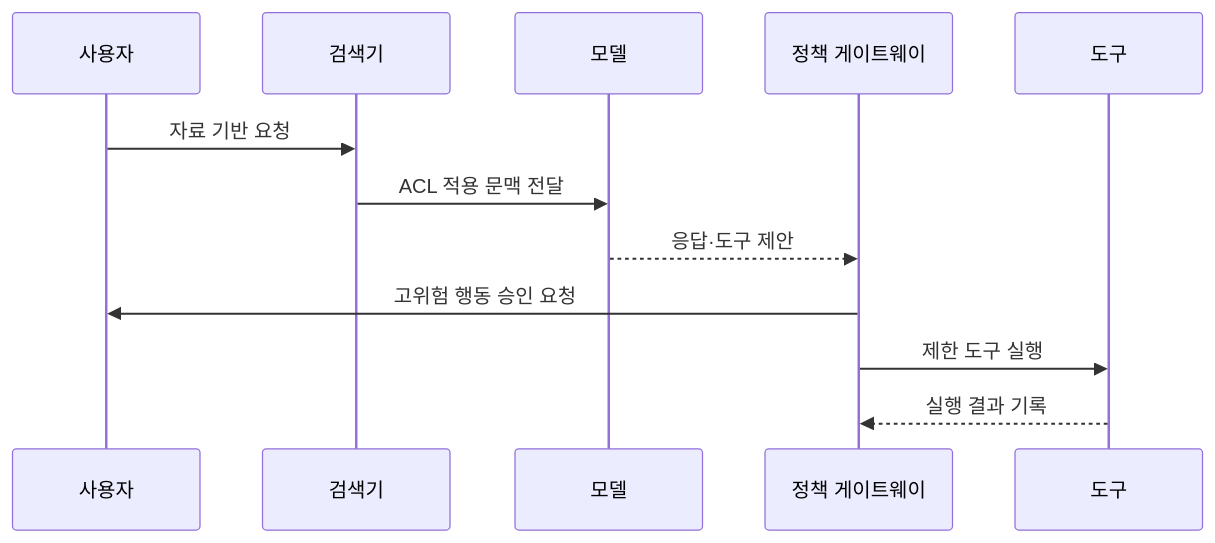
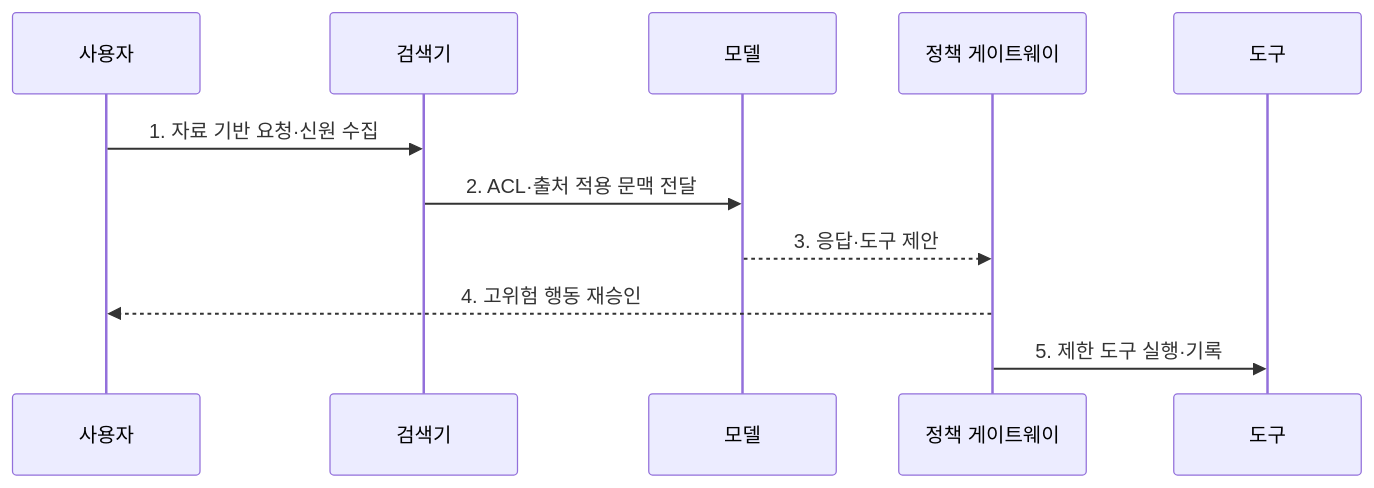
Before and after one commit to agnusdei1207/knowledge-base: the second of 2 diagrams in src/content/docs/notes/05-security/080_indirect_prompt_injection.md, drawn with Mermaid. The commit also changed other lines of this file and 8 other files, not shown here.

````diff
--- a/src/content/docs/notes/05-security/080_indirect_prompt_injection.md
+++ b/src/content/docs/notes/05-security/080_indirect_prompt_injection.md
@@ -86,14 +84,13 @@
 ```mermaid
 sequenceDiagram
     participant U as 사용자
     participant R as 검색기
     participant M as 모델
     participant G as 정책 게이트웨이
     participant T as 도구
-    U->>R: 자료 기반 요청
-    R->>M: ACL 적용 문맥 전달
-    M-->>G: 응답·도구 제안
-    G->>U: 고위험 행동 승인 요청
-    G->>T: 제한 도구 실행
-    T-->>G: 실행 결과 기록
+    U->>R: 1. 자료 기반 요청·신원 수집
+    R->>M: 2. ACL·출처 적용 문맥 전달
+    M-->>G: 3. 응답·도구 제안
+    G-->>U: 4. 고위험 행동 재승인
+    G->>T: 5. 제한 도구 실행·기록
 ```
````
